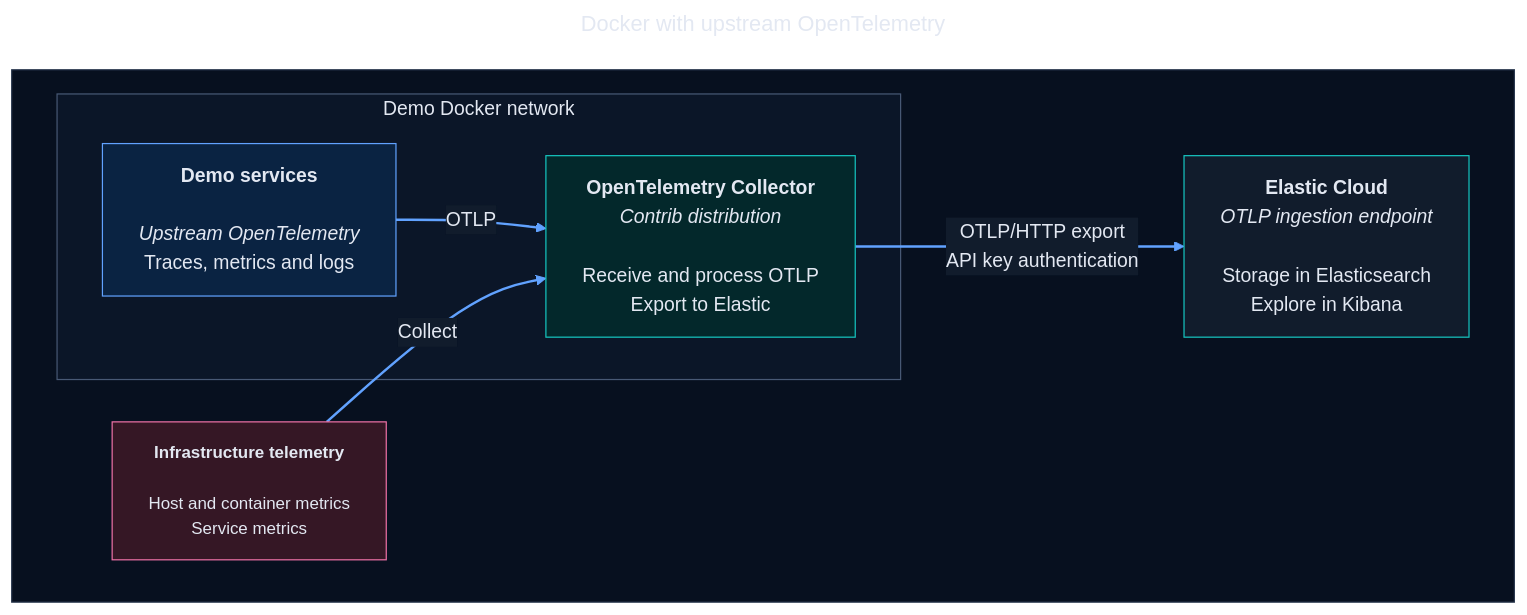
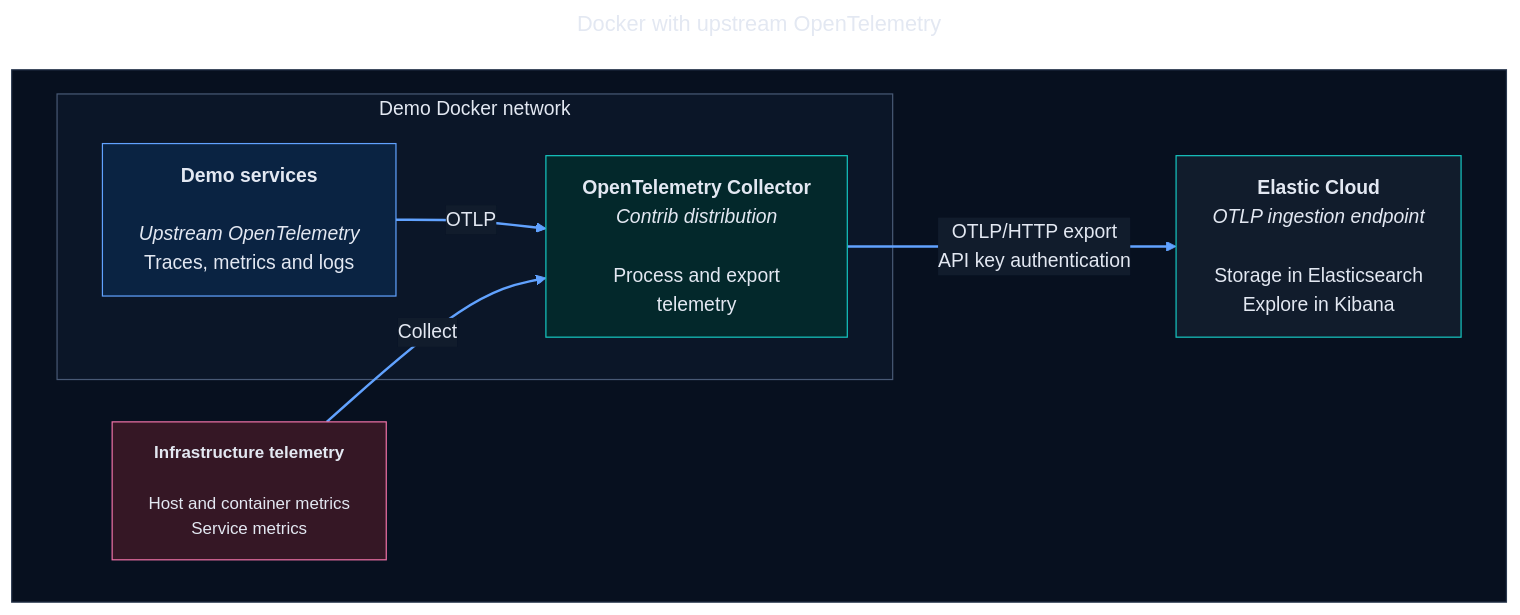
One commit to osullivandonal/opentelemetry-demo changed the third of 5 diagrams in .github/README.md. Above: the diagram before and after it, drawn with Mermaid. The commit also changed other lines of this file and 5 other files, not shown here.

````diff
--- a/.github/README.md
+++ b/.github/README.md
@@ -236,32 +240,32 @@
 ```mermaid
 ---
 title: Docker with upstream OpenTelemetry
 ---
 %%{init: {"theme": "base", "flowchart": {"htmlLabels": true, "titleTopMargin": 24}, "markdownAutoWrap": false, "themeVariables": {"darkMode": true, "fontSize": "16px", "background": "#07101F", "primaryColor": "#0A2342", "primaryTextColor": "#E3E8F2", "primaryBorderColor": "#61A2FF", "lineColor": "#61A2FF", "textColor": "#E3E8F2", "edgeLabelBackground": "#111C2C", "clusterBkg": "#0B1628", "clusterBorder": "#485975"}}}%%
 flowchart LR
     subgraph ARCH[" "]
         direction LR
         subgraph DEMO["Demo Docker network"]
             APP["<b>Demo services</b><br/><br/><i>Upstream OpenTelemetry</i><br/>Traces, metrics and logs"]
-            COLLECTOR["<b>OpenTelemetry Collector</b><br/><i>Contrib distribution</i><br/><br/>Receive and process OTLP<br/>Export to Elastic"]
+            COLLECTOR["<b>OpenTelemetry Collector</b><br/><i>Contrib distribution</i><br/><br/>Process and export<br/>telemetry"]
             APP -->|OTLP| COLLECTOR
         end
         HOST["<b>Infrastructure telemetry</b><br/><br/>Host and container metrics<br/>Service metrics"]
         HOST -->|Collect| COLLECTOR
         CLOUD["<b>Elastic Cloud</b><br/><i>OTLP ingestion endpoint</i><br/><br/>Storage in Elasticsearch<br/>Explore in Kibana"]
         COLLECTOR -->|"OTLP/HTTP export<br/>API key authentication"| CLOUD
     end
 
     class APP application
     class COLLECTOR agent
     class HOST source
     class CLOUD backend
     style DEMO fill:#0B1628,stroke:#485975,color:#E3E8F2
     classDef application fill:#0A2342,stroke:#61A2FF,color:#E3E8F2,font-size:16px
     classDef agent fill:#03282B,stroke:#16C5C0,color:#E3E8F2,font-size:16px
     classDef source fill:#351725,stroke:#EE72A6,color:#E3E8F2,font-size:14px
     classDef backend fill:#111C2C,stroke:#16C5C0,color:#E3E8F2,font-size:16px
 
     style ARCH fill:#07101F,stroke:#2B394F,color:#E3E8F2
     linkStyle default stroke:#61A2FF,stroke-width:2px
 ```
````
